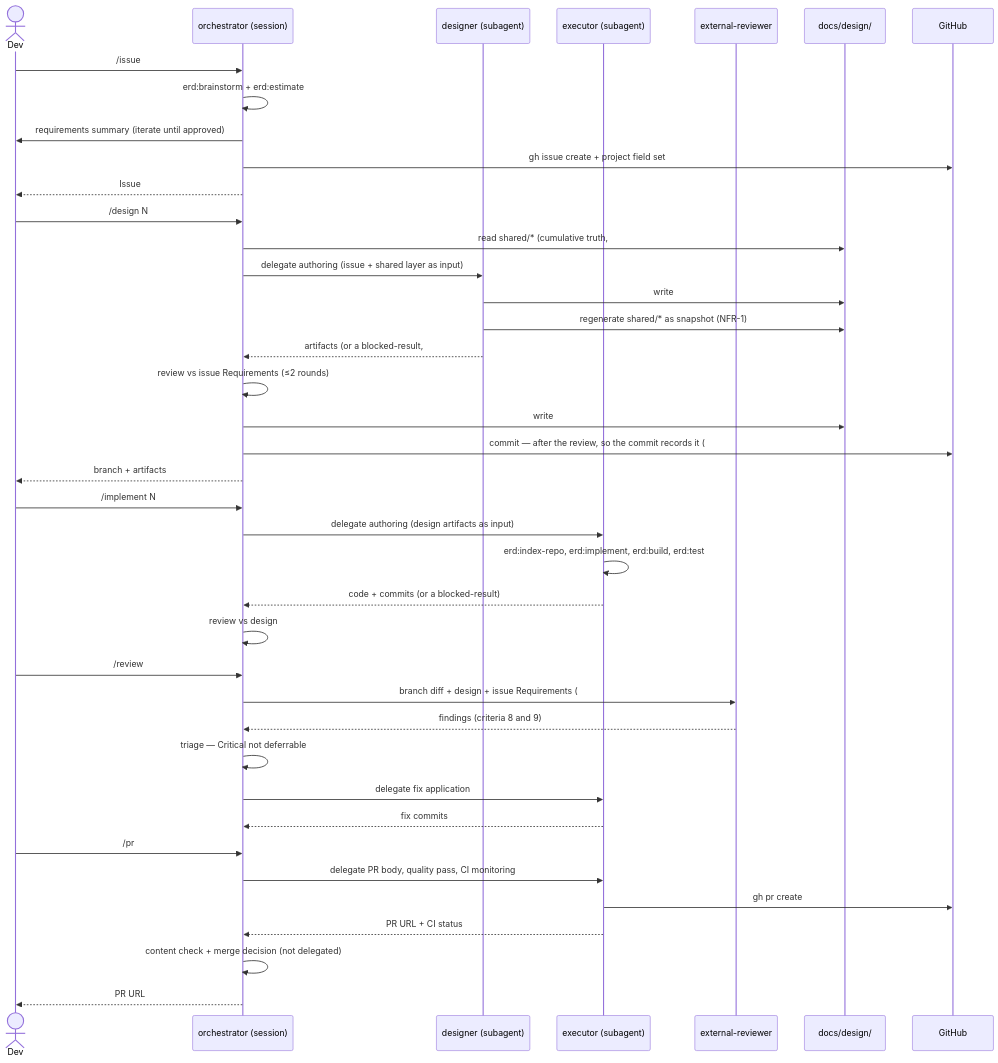
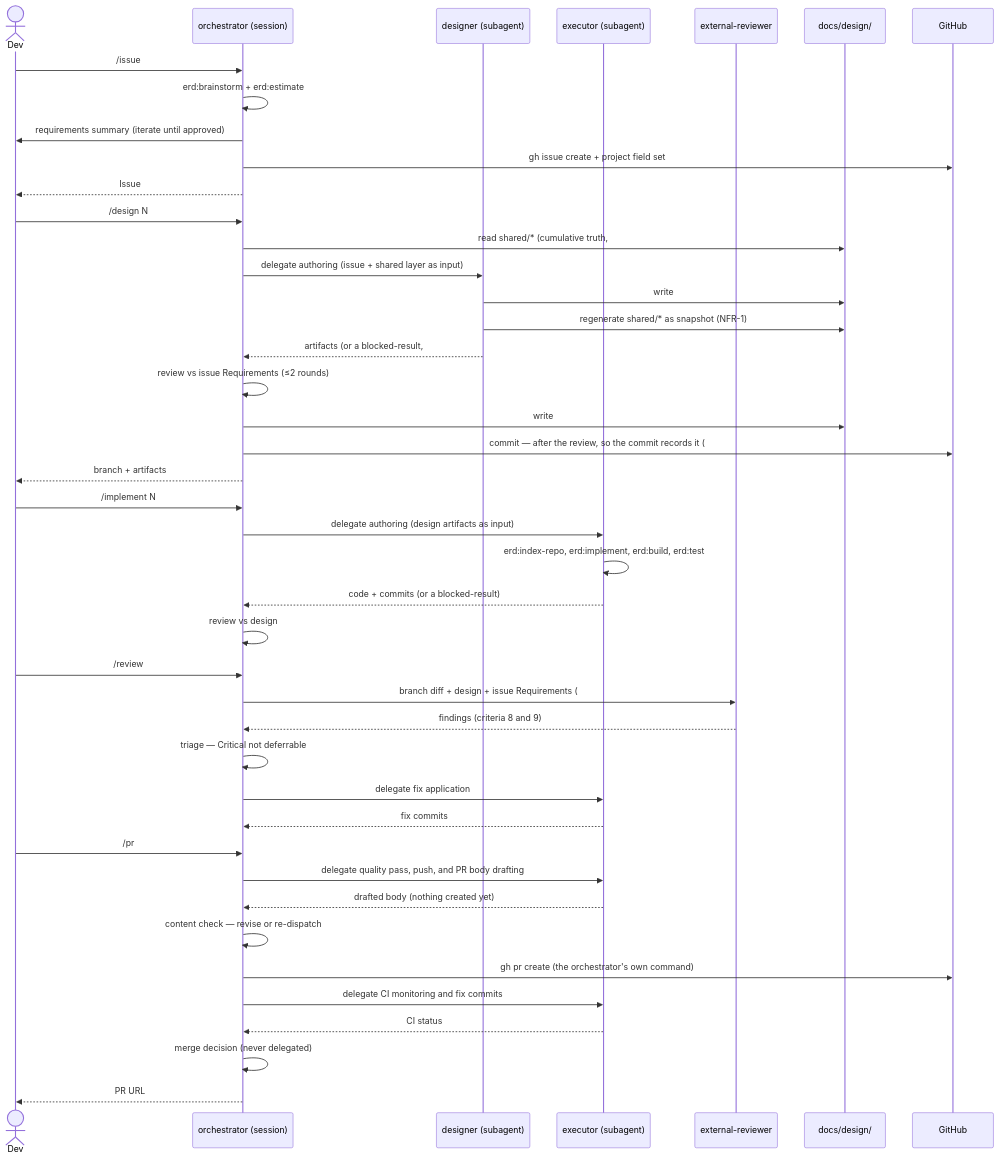
One commit to TE-ToshiakiTanaka2/tarnished changed the fourth of 15 diagrams in docs/design/shared/sequence.md. Above: the diagram before and after it, drawn with Mermaid. The commit also changed 23 other files, not shown here.

````diff
--- a/docs/design/shared/sequence.md
+++ b/docs/design/shared/sequence.md
@@ -146,47 +146,50 @@
 ```mermaid
 sequenceDiagram
     actor Dev
     participant O as orchestrator (session)
     participant Dsg as designer (subagent)
     participant Exe as executor (subagent)
     participant XR as external-reviewer
     participant Docs as docs/design/
     participant GH as GitHub
 
     Dev->>O: /issue
     O->>O: erd:brainstorm + erd:estimate
     O->>Dev: requirements summary (iterate until approved)
     O->>GH: gh issue create + project field set
     O-->>Dev: Issue #N
 
     Dev->>O: /design N
     O->>Docs: read shared/* (cumulative truth, #257)
     O->>Dsg: delegate authoring (issue + shared layer as input)
     Dsg->>Docs: write #N/design.md, api-spec.md, workflow.md, diagrams
     Dsg->>Docs: regenerate shared/* as snapshot (NFR-1)
     Dsg-->>O: artifacts (or a blocked-result, #312)
     O->>O: review vs issue Requirements (≤2 rounds)
     O->>Docs: write #N/orchestrator-review.md
     O->>GH: commit — after the review, so the commit records it (#312)
     O-->>Dev: branch + artifacts
 
     Dev->>O: /implement N
     O->>Exe: delegate authoring (design artifacts as input)
     Exe->>Exe: erd:index-repo, erd:implement, erd:build, erd:test
     Exe-->>O: code + commits (or a blocked-result)
     O->>O: review vs design
 
     Dev->>O: /review
     O->>XR: branch diff + design + issue Requirements (#312)
     XR-->>O: findings (criteria 8 and 9)
     O->>O: triage — Critical not deferrable
     O->>Exe: delegate fix application
     Exe-->>O: fix commits
 
     Dev->>O: /pr
-    O->>Exe: delegate PR body, quality pass, CI monitoring
-    Exe->>GH: gh pr create
-    Exe-->>O: PR URL + CI status
-    O->>O: content check + merge decision (not delegated)
+    O->>Exe: delegate quality pass, push, and PR body drafting
+    Exe-->>O: drafted body (nothing created yet)
+    O->>O: content check — revise or re-dispatch
+    O->>GH: gh pr create (the orchestrator's own command)
+    O->>Exe: delegate CI monitoring and fix commits
+    Exe-->>O: CI status
+    O->>O: merge decision (never delegated)
     O-->>Dev: PR URL
 ```
````
